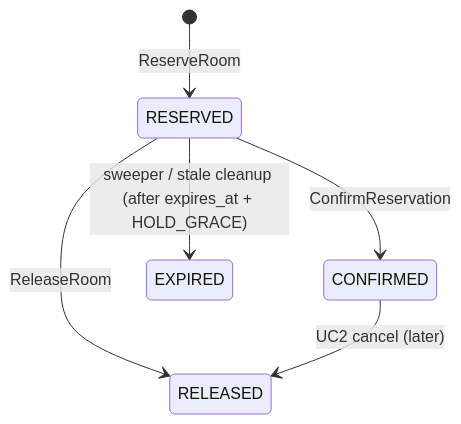
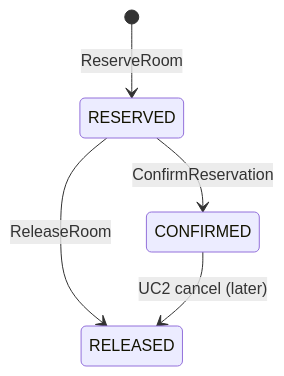
Before and after one commit to TranQuangPhong/hotel-booking-hexagon: the second of 4 diagrams in doc/uc1-create-booking/state-machines.md, drawn with Mermaid. The commit also changed other lines of this file and 12 other files, not shown here.

````diff
--- a/doc/uc1-create-booking/state-machines.md
+++ b/doc/uc1-create-booking/state-machines.md
@@ -77,8 +66,7 @@
 ```mermaid
 stateDiagram-v2
     [*] --> RESERVED: ReserveRoom
     RESERVED --> CONFIRMED: ConfirmReservation
     RESERVED --> RELEASED: ReleaseRoom
-    RESERVED --> EXPIRED: sweeper / stale cleanup (after expires_at + HOLD_GRACE)
     CONFIRMED --> RELEASED: UC2 cancel (later)
 ```
````
